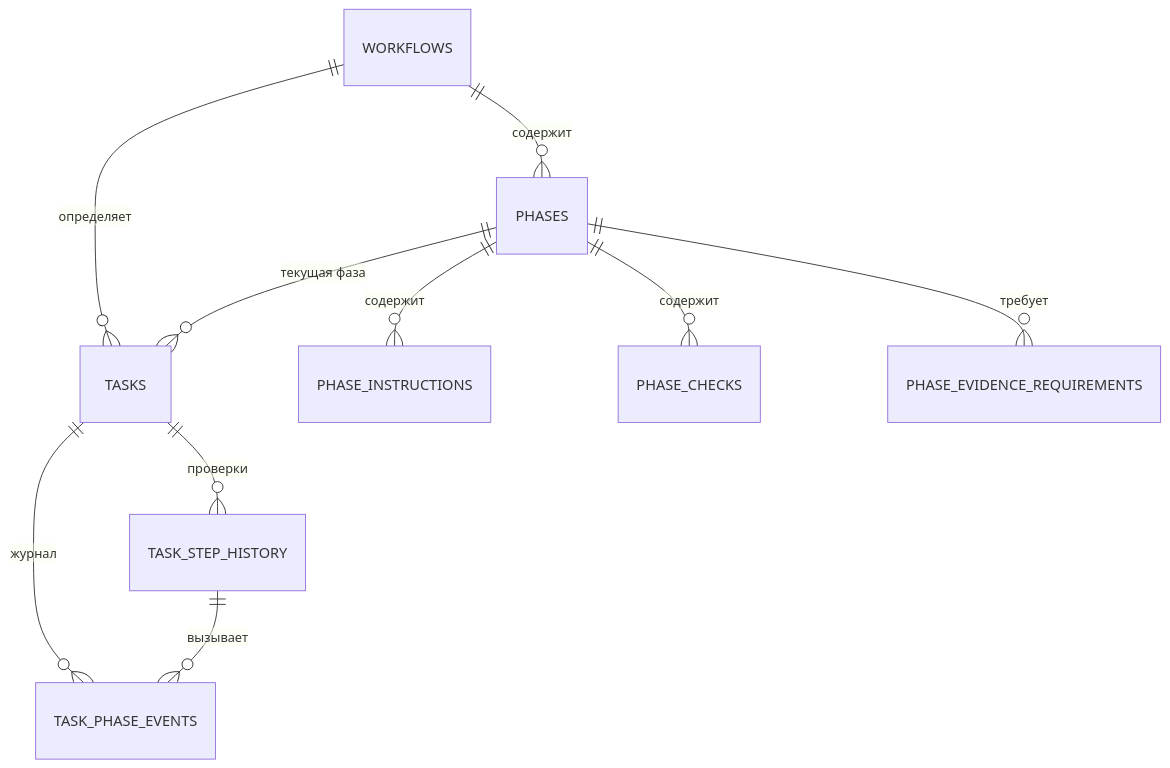
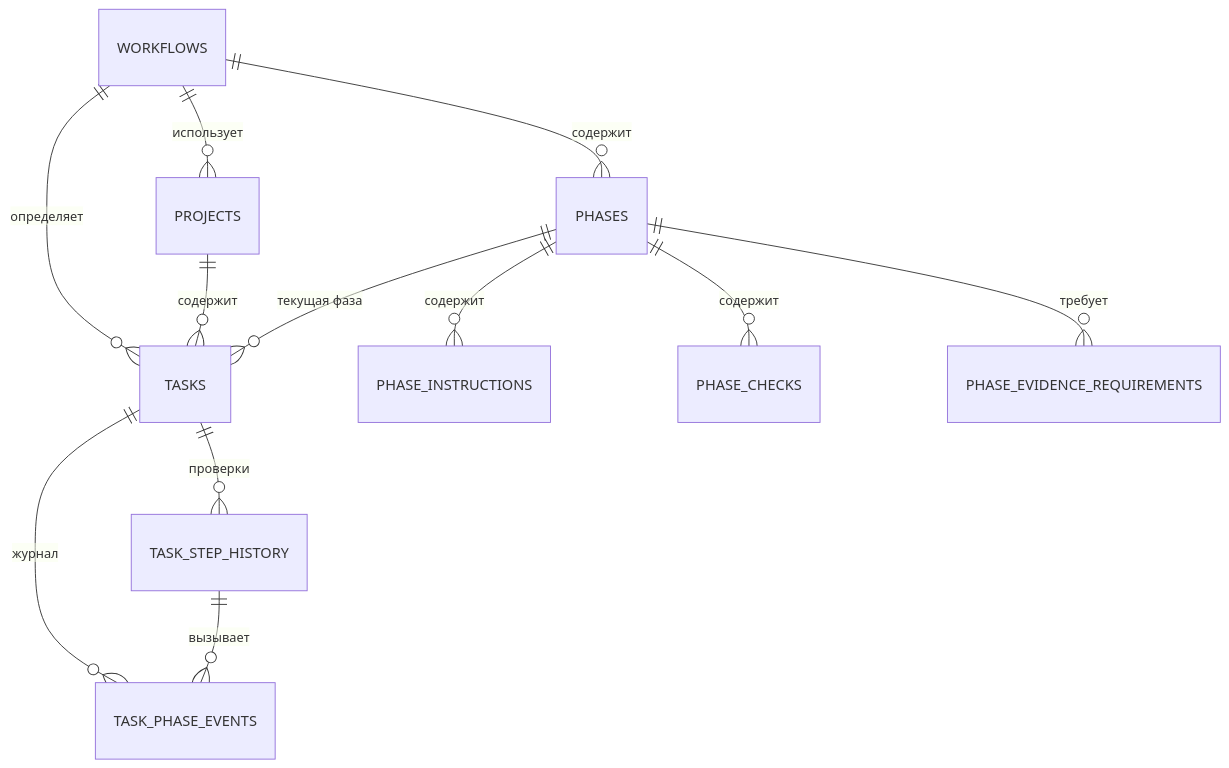
One commit to FerrPOINT/project-workflow changed the second of 2 diagrams in README.md. Above: the diagram before and after it, drawn with Mermaid. The commit also changed other lines of this file and 44 other files, not shown here.

````diff
--- a/README.md
+++ b/README.md
@@ -172,12 +172,14 @@
 ```mermaid
 erDiagram
     WORKFLOWS ||--o{ PHASES : содержит
+    WORKFLOWS ||--o{ PROJECTS : использует
     WORKFLOWS ||--o{ TASKS : определяет
+    PROJECTS ||--o{ TASKS : содержит
     PHASES ||--o{ PHASE_INSTRUCTIONS : содержит
     PHASES ||--o{ PHASE_CHECKS : содержит
     PHASES ||--o{ PHASE_EVIDENCE_REQUIREMENTS : требует
     PHASES ||--o{ TASKS : "текущая фаза"
     TASKS ||--o{ TASK_PHASE_EVENTS : журнал
     TASKS ||--o{ TASK_STEP_HISTORY : проверки
     TASK_STEP_HISTORY ||--o{ TASK_PHASE_EVENTS : вызывает
 ```
````
